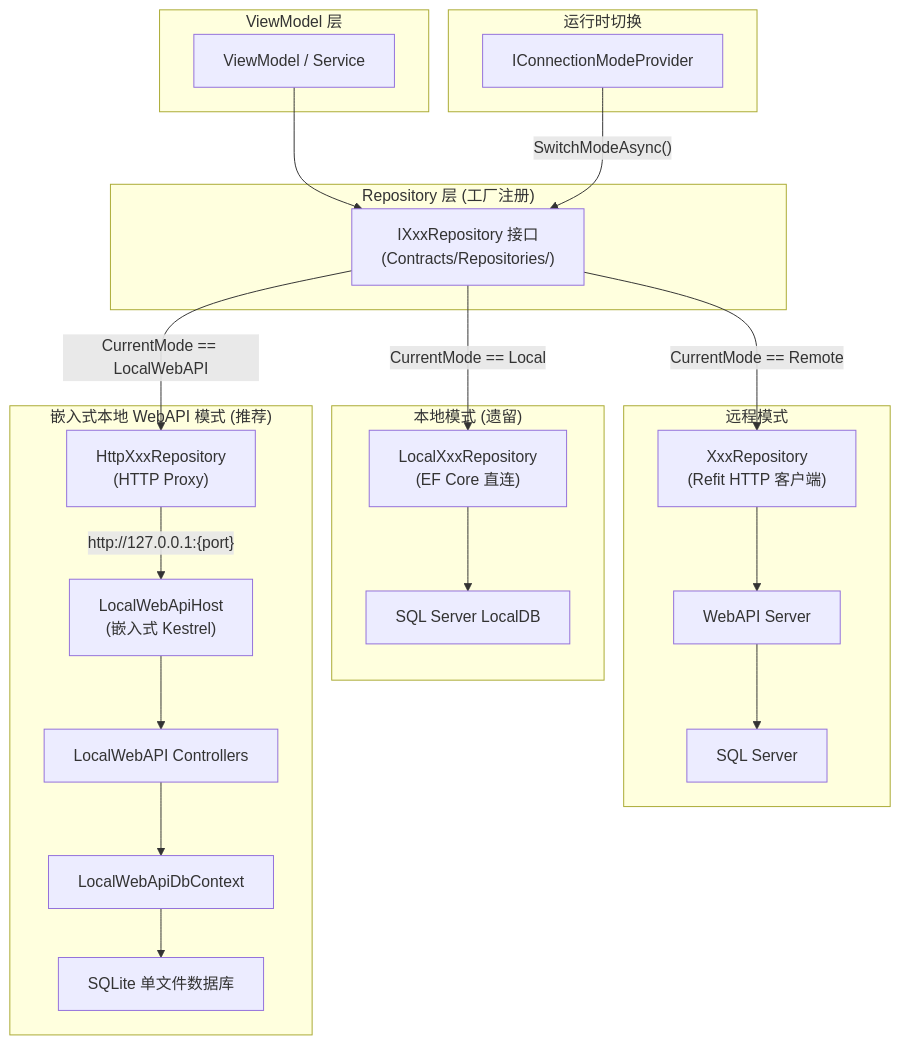
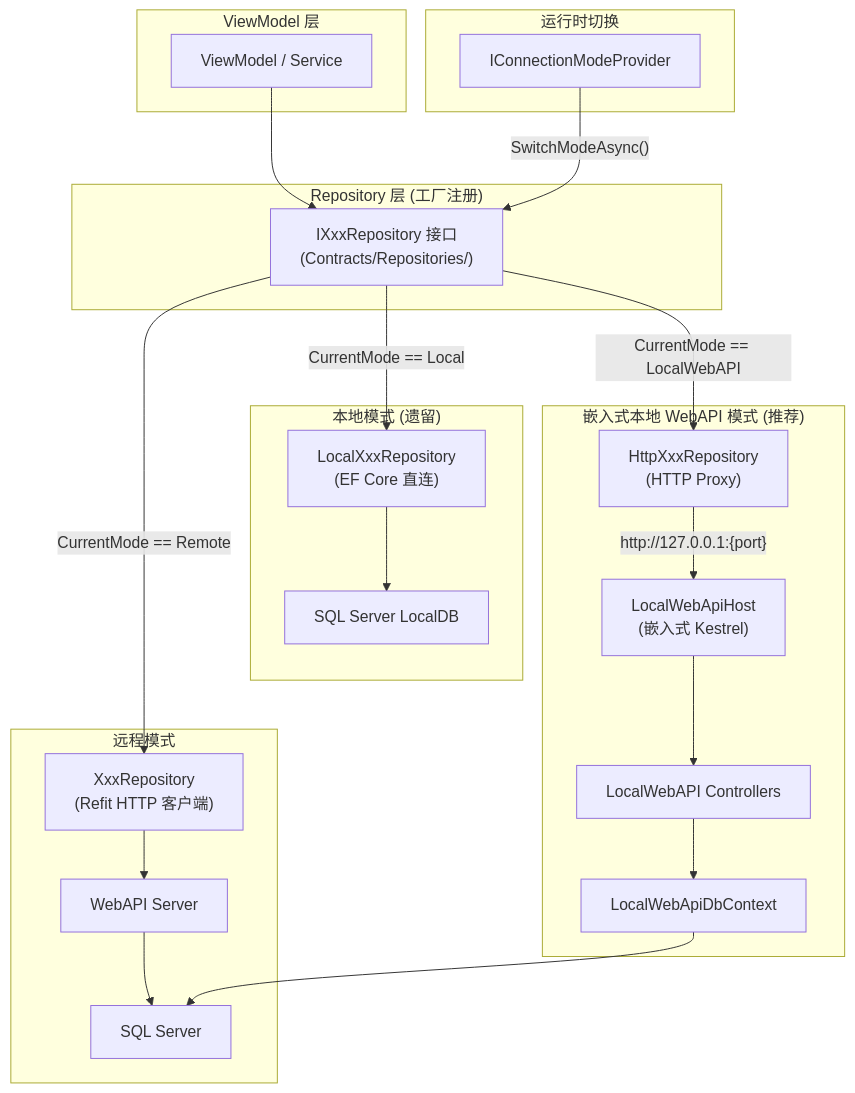
Before and after one commit to shouqitao/LYBTZYZS: the first of 2 diagrams in docs/03-architecture/dual-mode.md, drawn with Mermaid. The commit also changed other lines of this file and 45 other files, not shown here.

````diff
--- a/docs/03-architecture/dual-mode.md
+++ b/docs/03-architecture/dual-mode.md
@@ -18,44 +18,44 @@
 ```mermaid
 graph TB
     subgraph VM["ViewModel 层"]
         BL["ViewModel / Service"]
     end
 
     subgraph REPO["Repository 层 (工厂注册)"]
         IRepo["IXxxRepository 接口<br>(Contracts/Repositories/)"]
     end
 
     BL --> IRepo
 
     IRepo -->|"CurrentMode == Remote"| RemoteRepo
     IRepo -->|"CurrentMode == Local"| LocalRepo
     IRepo -->|"CurrentMode == LocalWebAPI"| HttpRepo
 
     subgraph Remote["远程模式"]
         RemoteRepo["XxxRepository<br>(Refit HTTP 客户端)"]
         API["WebAPI Server"]
         SQL["SQL Server"]
         RemoteRepo --> API --> SQL
     end
 
     subgraph Local["本地模式 (遗留)"]
         LocalRepo["LocalXxxRepository<br>(EF Core 直连)"]
         LocalDB["SQL Server LocalDB"]
         LocalRepo --> LocalDB
     end
 
     subgraph LocalWebAPI["嵌入式本地 WebAPI 模式 (推荐)"]
         HttpRepo["HttpXxxRepository<br>(HTTP Proxy)"]
         Kestrel["LocalWebApiHost<br>(嵌入式 Kestrel)"]
-        SQLite["SQLite 单文件数据库"]
+        SQL["SQL Server"]
         HttpRepo -->|"http://127.0.0.1:{port}"| Kestrel
         Kestrel --> Controllers["LocalWebAPI Controllers"]
         Controllers --> DbContext["LocalWebApiDbContext"]
-        DbContext --> SQLite
+        DbContext --> SQL
     end
 
     subgraph Switch["运行时切换"]
         CMP["IConnectionModeProvider"]
         CMP -->|"SwitchModeAsync()"| IRepo
     end
 ```
````
